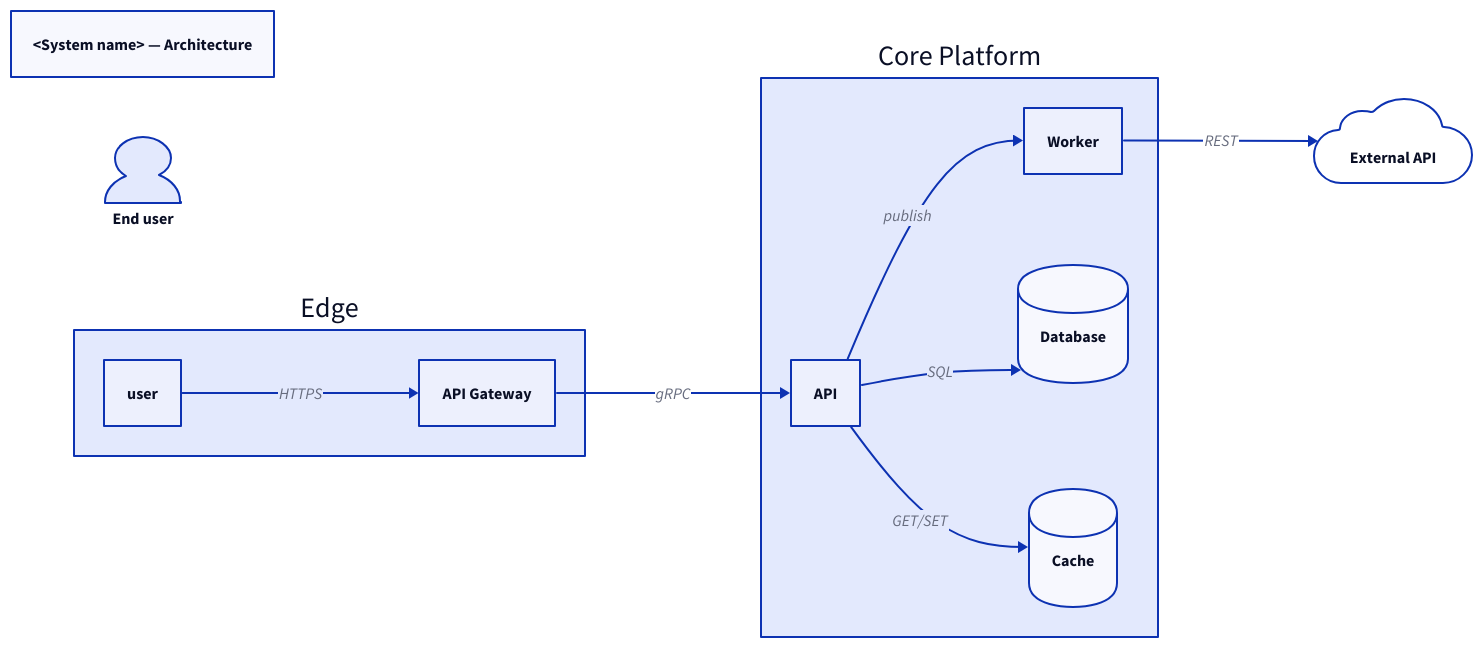
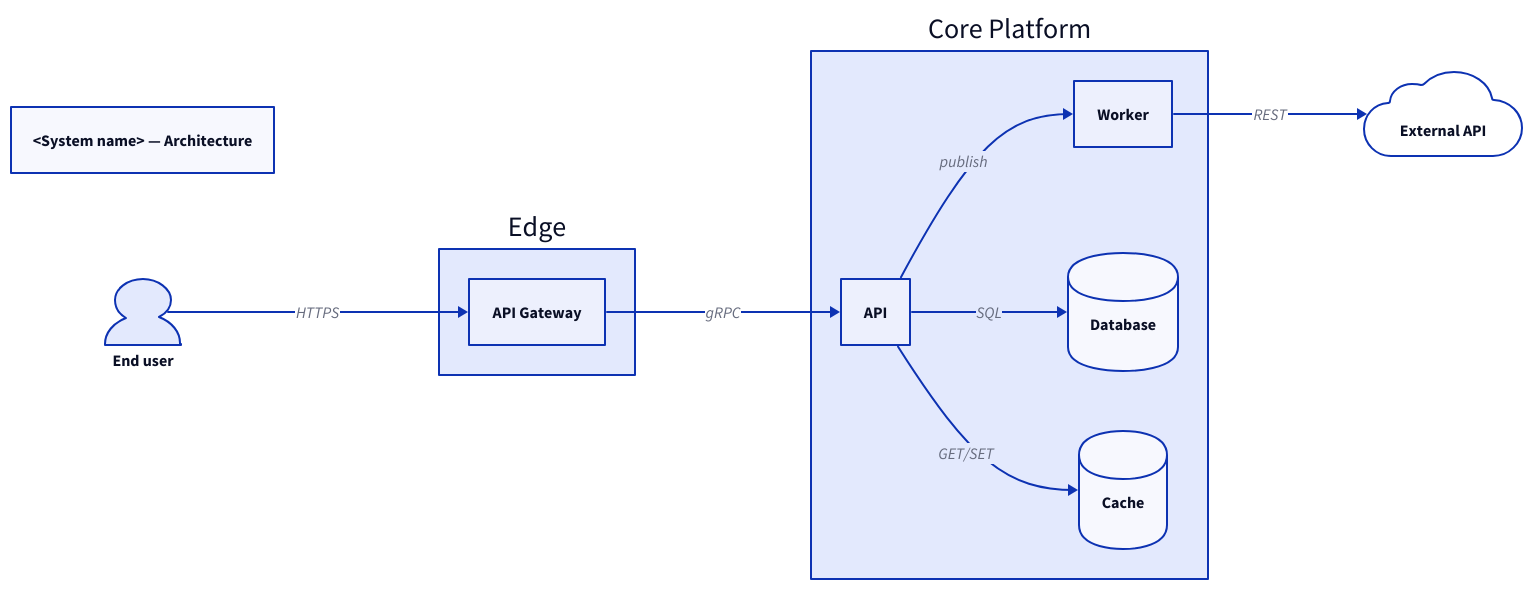
One commit to imajeet5/Architecture_diagram_Agents changed the diagram in templates/d2-architecture.d2. Above: the diagram before and after it, drawn with D2. The commit also changed 3 other files, not shown here.

Commit message:
feat(preview): add script to generate and open diagram gallery chore: update .gitignore to include generated index.html fix(d2): move user edge connection to correct position

```diff
--- a/templates/d2-architecture.d2
+++ b/templates/d2-architecture.d2
@@ -1,27 +1,27 @@
 title: <System name> — Architecture
 
 direction: right
 
 user: End user {shape: person}
 
 edge: Edge {
   gateway: API Gateway
+}
 
-  user -> gateway: HTTPS
-}
+user -> edge.gateway: HTTPS
 
 core: Core Platform {
   api: API
   worker: Worker
   db: Database {shape: cylinder}
   cache: Cache {shape: cylinder}
 
   api -> db: SQL
   api -> cache: GET/SET
   api -> worker: publish
 }
 
 edge.gateway -> core.api: gRPC
 
 external: External API {shape: cloud}
 core.worker -> external: REST
```
